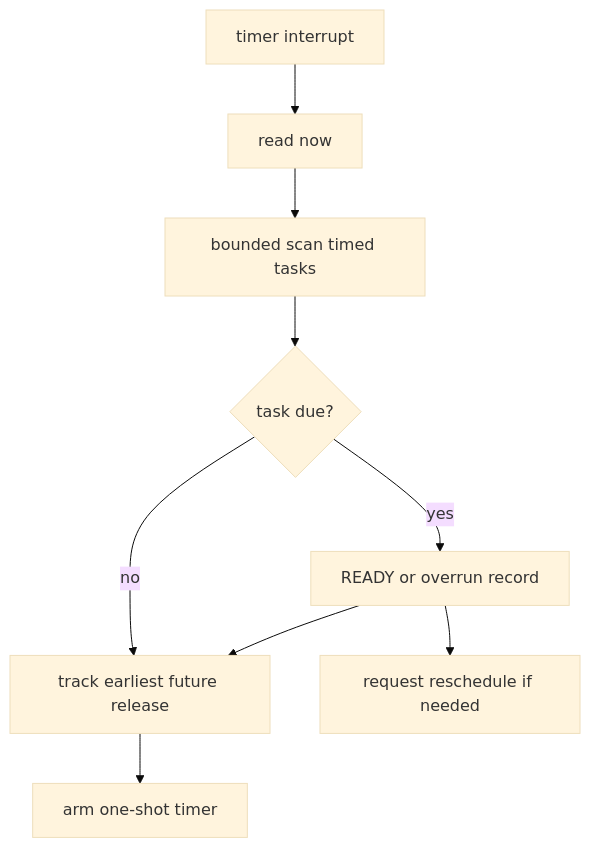
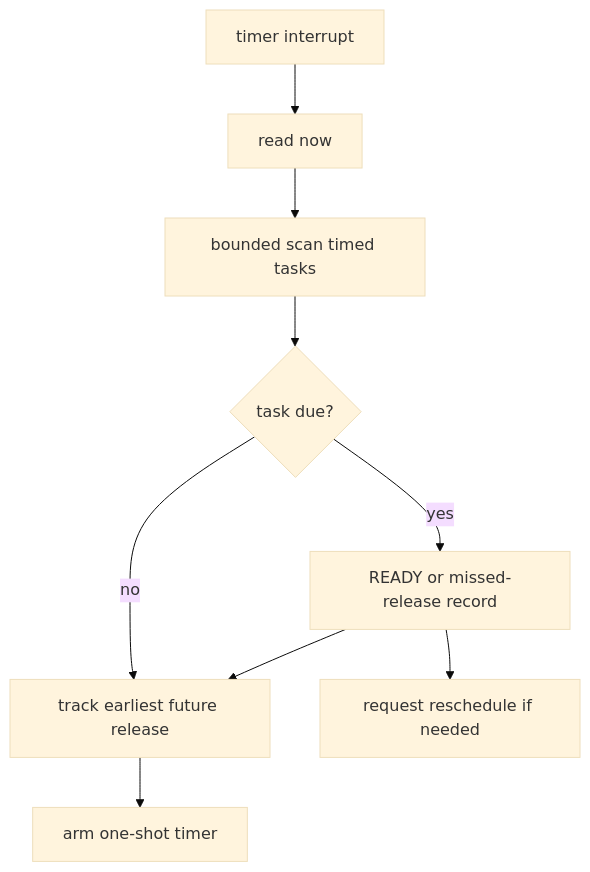
Before and after one commit to tumblewhead/arghtos: the diagram in architecture/blocks/B3-time-release.md, drawn with Mermaid (base theme). The commit also changed other lines of this file, not shown here.

Commit message:
Align periodic missed-release terminology

````diff
--- a/architecture/blocks/B3-time-release.md
+++ b/architecture/blocks/B3-time-release.md
@@ -17,11 +17,11 @@
 ```mermaid
 flowchart TD
   TMR["timer interrupt"] --> NOW["read now"]
   NOW --> SCAN["bounded scan timed tasks"]
   SCAN --> DUE{"task due?"}
-  DUE -- yes --> REL["READY or overrun record"]
+  DUE -- yes --> REL["READY or missed-release record"]
   DUE -- no --> NEXT["track earliest future release"]
   REL --> NEXT
   NEXT --> ARM["arm one-shot timer"]
   REL --> RES["request reschedule if needed"]
 ```
````
